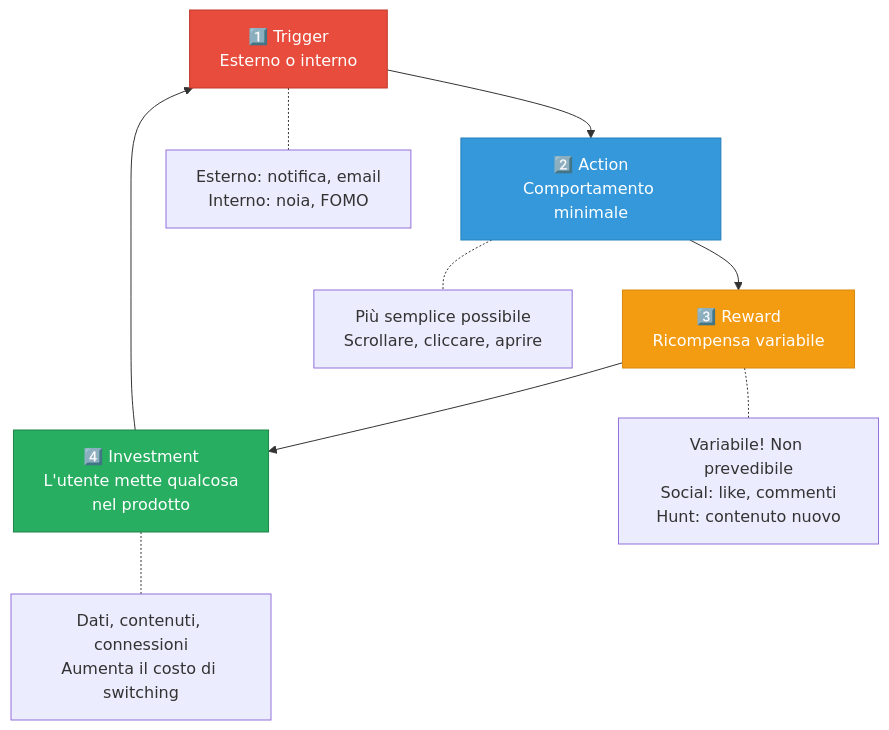
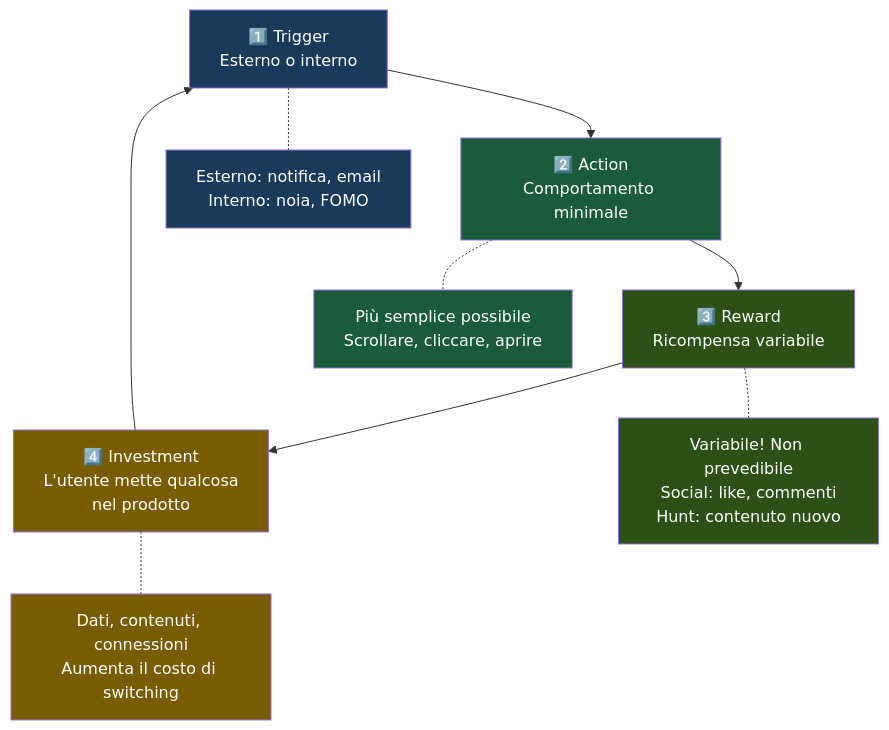
One commit to AndreyBertasini/gynnitech changed the third of 4 diagrams in src/content/corso/analisi-prodotto/retention-framework.mdx. Above: the diagram before and after it, drawn with Mermaid. The commit also changed other lines of this file and 21 other files, not shown here.

First line of the commit message:
style: applica color scheme semantico a tutti i diagrammi Mermaid del corso

````diff
--- a/src/content/corso/analisi-prodotto/retention-framework.mdx
+++ b/src/content/corso/analisi-prodotto/retention-framework.mdx
@@ -120,15 +126,19 @@
 ```mermaid
 graph TD
     T["1️⃣ Trigger\nEsterno o interno"] --> A["2️⃣ Action\nComportamento minimale"]
     A --> R["3️⃣ Reward\nRicompensa variabile"]
     R --> I["4️⃣ Investment\nL'utente mette qualcosa\nnel prodotto"]
     I --> T
     T -.- T1["Esterno: notifica, email\nInterno: noia, FOMO"]
     A -.- A1["Più semplice possibile\nScrollare, cliccare, aprire"]
     R -.- R1["Variabile! Non prevedibile\nSocial: like, commenti\nHunt: contenuto nuovo"]
     I -.- I1["Dati, contenuti, connessioni\nAumenta il costo di switching"]
-    style T fill:#e74c3c,stroke:#c0392b,color:#fff
-    style A fill:#3498db,stroke:#2980b9,color:#fff
-    style R fill:#f39c12,stroke:#d68910,color:#fff
-    style I fill:#27ae60,stroke:#1e8449,color:#fff
+    style T fill:#1a3a5c,color:#ffffff
+    style A fill:#1a5c3a,color:#ffffff
+    style R fill:#2d5016,color:#ffffff
+    style I fill:#7a5c00,color:#ffffff
+    style T1 fill:#1a3a5c,color:#ffffff
+    style A1 fill:#1a5c3a,color:#ffffff
+    style R1 fill:#2d5016,color:#ffffff
+    style I1 fill:#7a5c00,color:#ffffff
 ```
````
